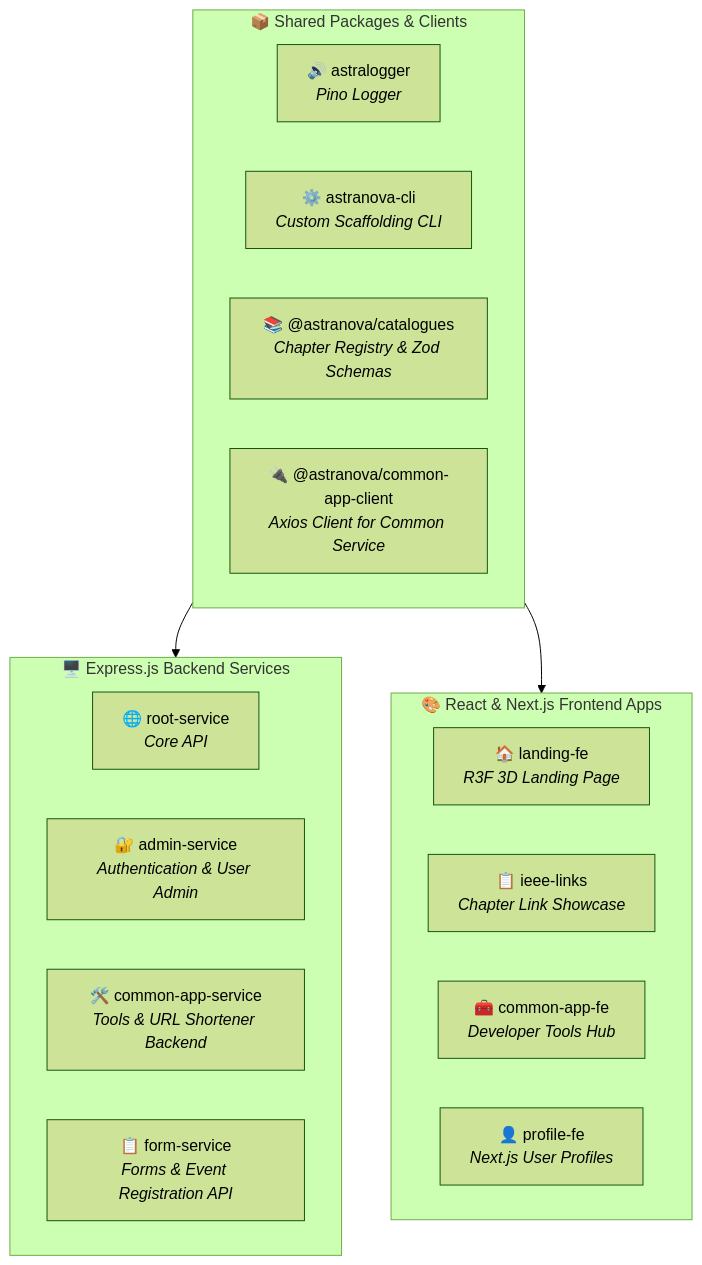
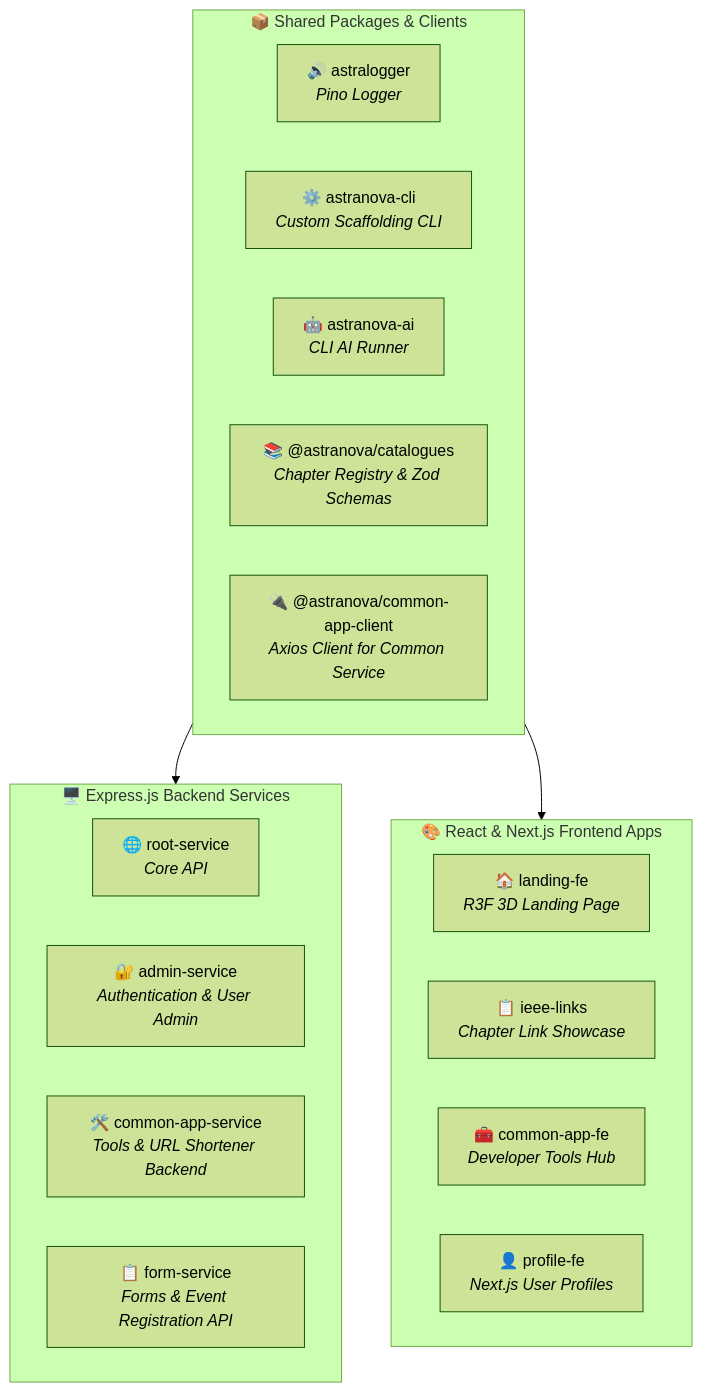
The diagram in AGENTS.md (IEEE-Ritb-Website/ieee-ritb-suite), drawn with Mermaid (forest theme) before and after one commit. The commit also changed other lines of this file and 27 other files, not shown here.

````diff
--- a/AGENTS.md
+++ b/AGENTS.md
@@ -64,26 +64,27 @@
 ```mermaid
 graph TB
     subgraph Packages["📦 Shared Packages & Clients"]
         AL["🔊 astralogger<br/><i>Pino Logger</i>"]
         CLI["⚙️ astranova-cli<br/><i>Custom Scaffolding CLI</i>"]
+        AI["🤖 astranova-ai<br/><i>CLI AI Runner</i>"]
         CAT["📚 @astranova/catalogues<br/><i>Chapter Registry & Zod Schemas</i>"]
         CAC["🔌 @astranova/common-app-client<br/><i>Axios Client for Common Service</i>"]
     end
 
     subgraph Backend["🖥️ Express.js Backend Services"]
         ROOT["🌐 root-service<br/><i>Core API</i>"]
         ADMIN["🔐 admin-service<br/><i>Authentication & User Admin</i>"]
         COMMON["🛠️ common-app-service<br/><i>Tools & URL Shortener Backend</i>"]
         FORM["📋 form-service<br/><i>Forms & Event Registration API</i>"]
     end
 
     subgraph Frontend["🎨 React & Next.js Frontend Apps"]
         LAND["🏠 landing-fe<br/><i>R3F 3D Landing Page</i>"]
         LINKS["📋 ieee-links<br/><i>Chapter Link Showcase</i>"]
         TOOLS["🧰 common-app-fe<br/><i>Developer Tools Hub</i>"]
         PROFILE["👤 profile-fe<br/><i>Next.js User Profiles</i>"]
     end
 
     Packages --> Backend
     Packages --> Frontend
 ```
````
